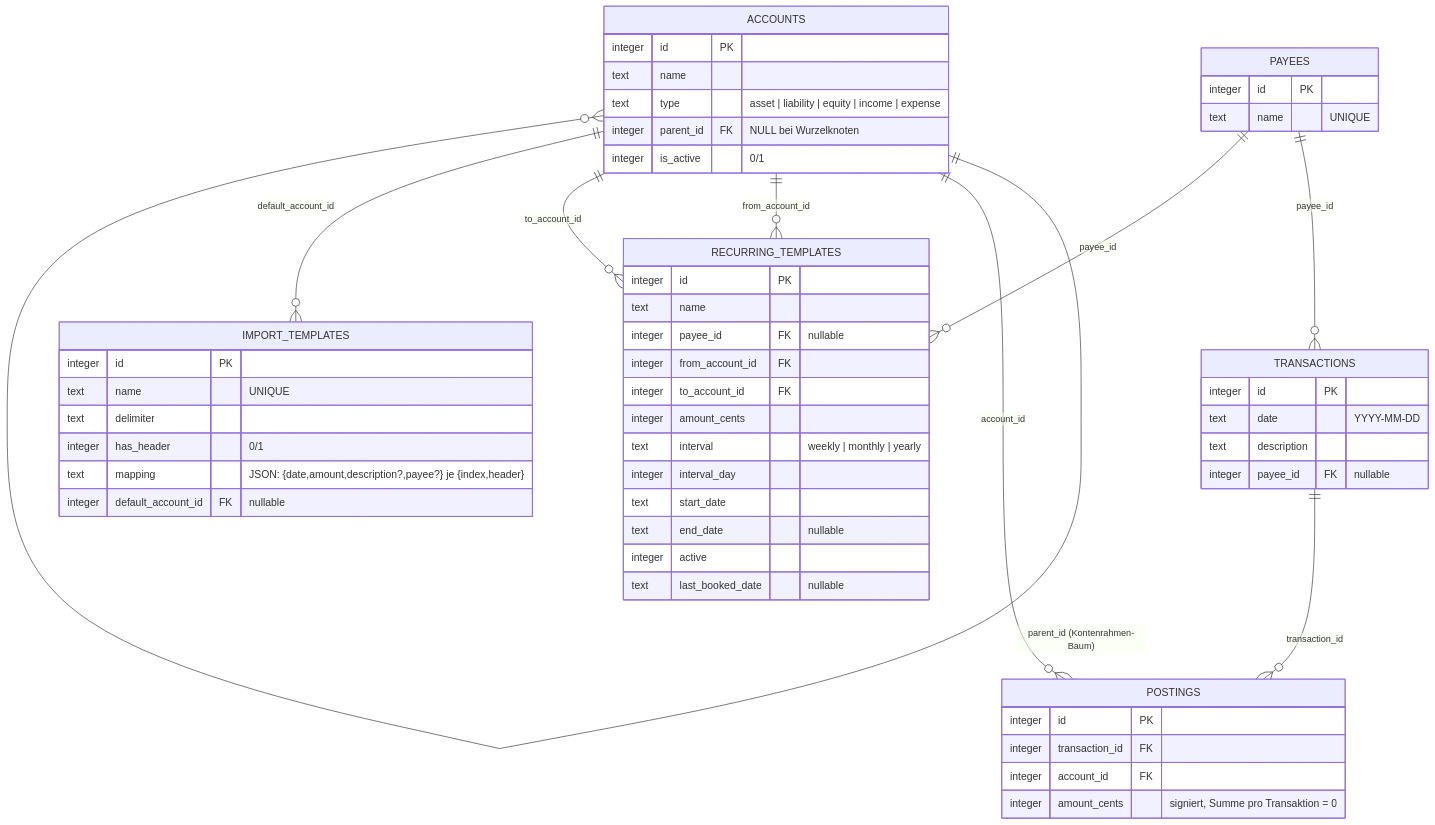
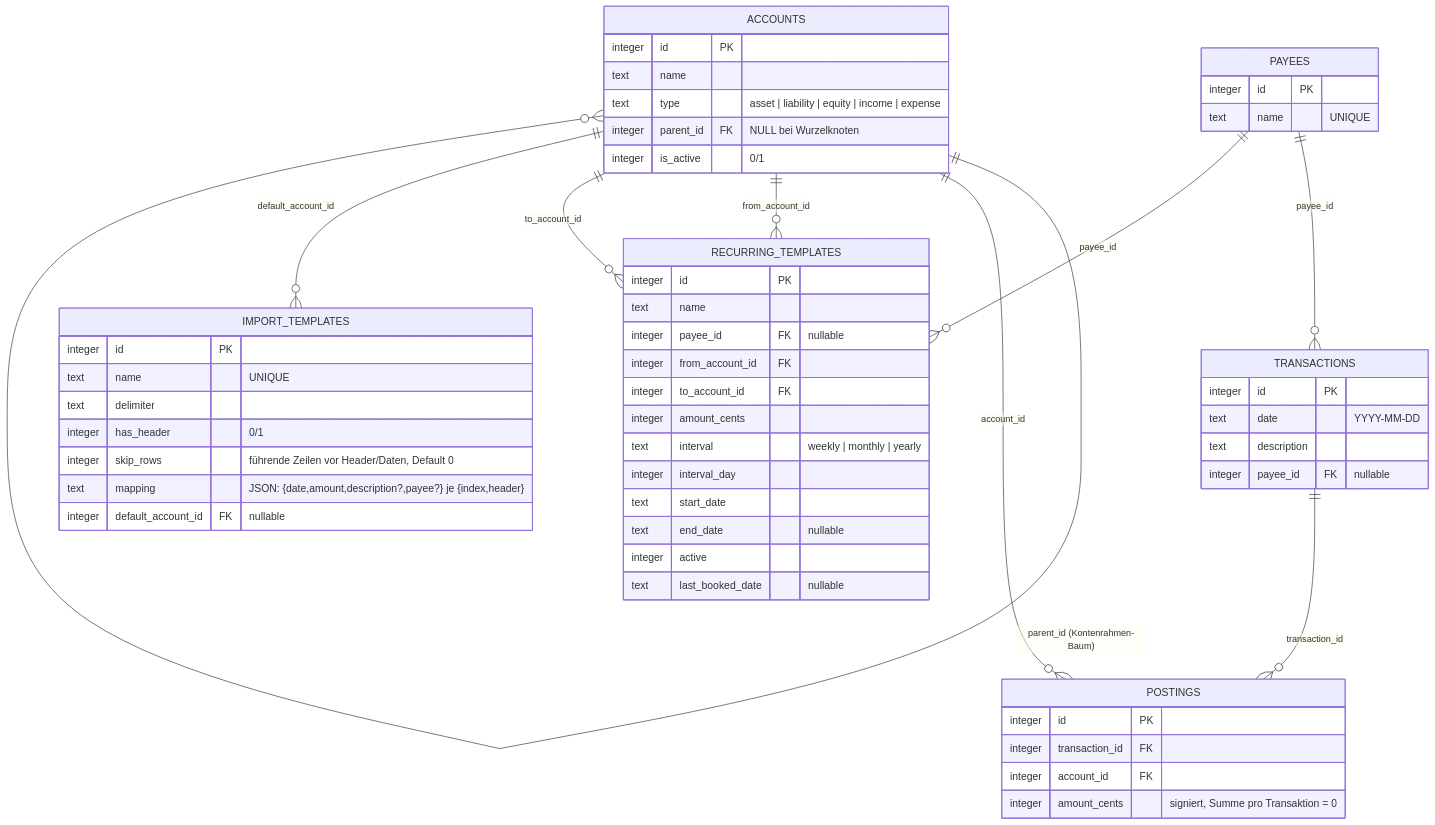
Before and after one commit to thomasblankschein/fintracker: the diagram in DATENMODELL.md, drawn with Mermaid. The commit also changed other lines of this file and 9 other files, not shown here.

````diff
--- a/DATENMODELL.md
+++ b/DATENMODELL.md
@@ -7,57 +7,58 @@
 ```mermaid
 erDiagram
     ACCOUNTS {
         integer id PK
         text name
         text type "asset | liability | equity | income | expense"
         integer parent_id FK "NULL bei Wurzelknoten"
         integer is_active "0/1"
     }
     PAYEES {
         integer id PK
         text name "UNIQUE"
     }
     TRANSACTIONS {
         integer id PK
         text date "YYYY-MM-DD"
         text description
         integer payee_id FK "nullable"
     }
     POSTINGS {
         integer id PK
         integer transaction_id FK
         integer account_id FK
         integer amount_cents "signiert, Summe pro Transaktion = 0"
     }
     RECURRING_TEMPLATES {
         integer id PK
         text name
         integer payee_id FK "nullable"
         integer from_account_id FK
         integer to_account_id FK
         integer amount_cents
         text interval "weekly | monthly | yearly"
         integer interval_day
         text start_date
         text end_date "nullable"
         integer active
         text last_booked_date "nullable"
     }
     IMPORT_TEMPLATES {
         integer id PK
         text name "UNIQUE"
         text delimiter
         integer has_header "0/1"
+        integer skip_rows "führende Zeilen vor Header/Daten, Default 0"
         text mapping "JSON: {date,amount,description?,payee?} je {index,header}"
         integer default_account_id FK "nullable"
     }
 
     ACCOUNTS ||--o{ ACCOUNTS       : "parent_id (Kontenrahmen-Baum)"
     ACCOUNTS ||--o{ POSTINGS       : "account_id"
     TRANSACTIONS ||--o{ POSTINGS   : "transaction_id"
     PAYEES ||--o{ TRANSACTIONS     : "payee_id"
     PAYEES ||--o{ RECURRING_TEMPLATES : "payee_id"
     ACCOUNTS ||--o{ RECURRING_TEMPLATES : "from_account_id"
     ACCOUNTS ||--o{ RECURRING_TEMPLATES : "to_account_id"
     ACCOUNTS ||--o{ IMPORT_TEMPLATES : "default_account_id"
 ```
````
